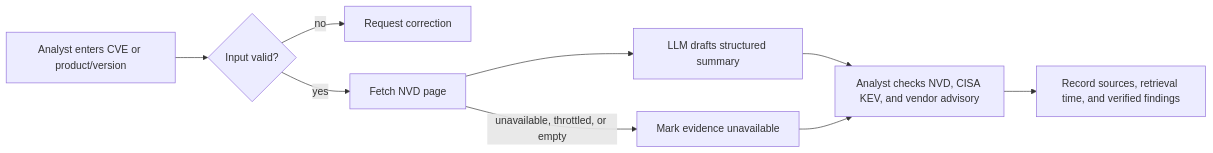
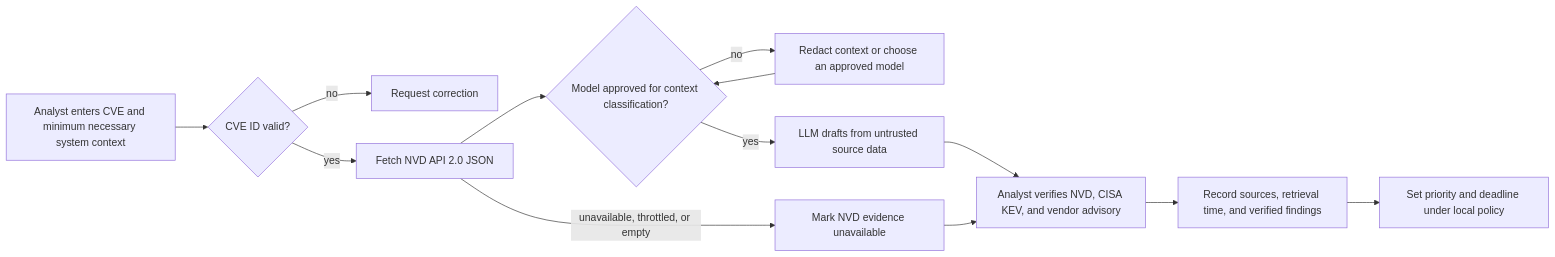
One commit to Pnwcomputers/ULTIMATE-CYBERSECURITY-MASTER-GUIDE changed the diagram in AI/AnythingLLM/flow-cve_lookup.md. Above: the diagram before and after it, drawn with Mermaid. The commit also changed other lines of this file, not shown here.

First line of the commit message:
Improve CVE lookup flow evidence and remediation guidance (#706)

````diff
--- a/AI/AnythingLLM/flow-cve_lookup.md
+++ b/AI/AnythingLLM/flow-cve_lookup.md
@@ -621,11 +621,15 @@
 ```mermaid
 flowchart LR
-    A[Analyst enters CVE or product/version] --> B{Input valid?}
+    A[Analyst enters CVE and minimum necessary system context] --> B{CVE ID valid?}
     B -- no --> C[Request correction]
-    B -- yes --> D[Fetch NVD page]
-    D --> E[LLM drafts structured summary]
-    D -- unavailable, throttled, or empty --> F[Mark evidence unavailable]
-    E --> G[Analyst checks NVD, CISA KEV, and vendor advisory]
-    F --> G
+    B -- yes --> D[Fetch NVD API 2.0 JSON]
+    D --> E{Model approved for context classification?}
+    E -- no --> F[Redact context or choose an approved model]
+    F --> E
+    E -- yes --> J[LLM drafts from untrusted source data]
+    D -- unavailable, throttled, or empty --> K[Mark NVD evidence unavailable]
+    J --> G[Analyst verifies NVD, CISA KEV, and vendor advisory]
+    K --> G
     G --> H[Record sources, retrieval time, and verified findings]
+    H --> I[Set priority and deadline under local policy]
 ```
````
